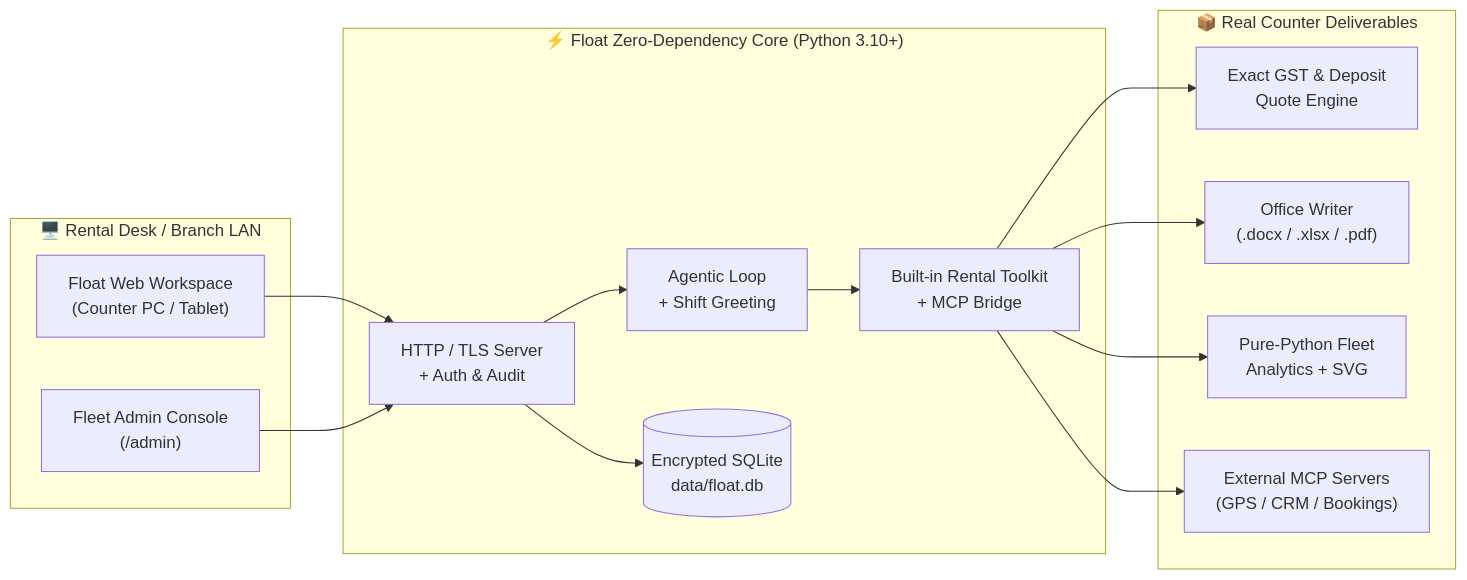
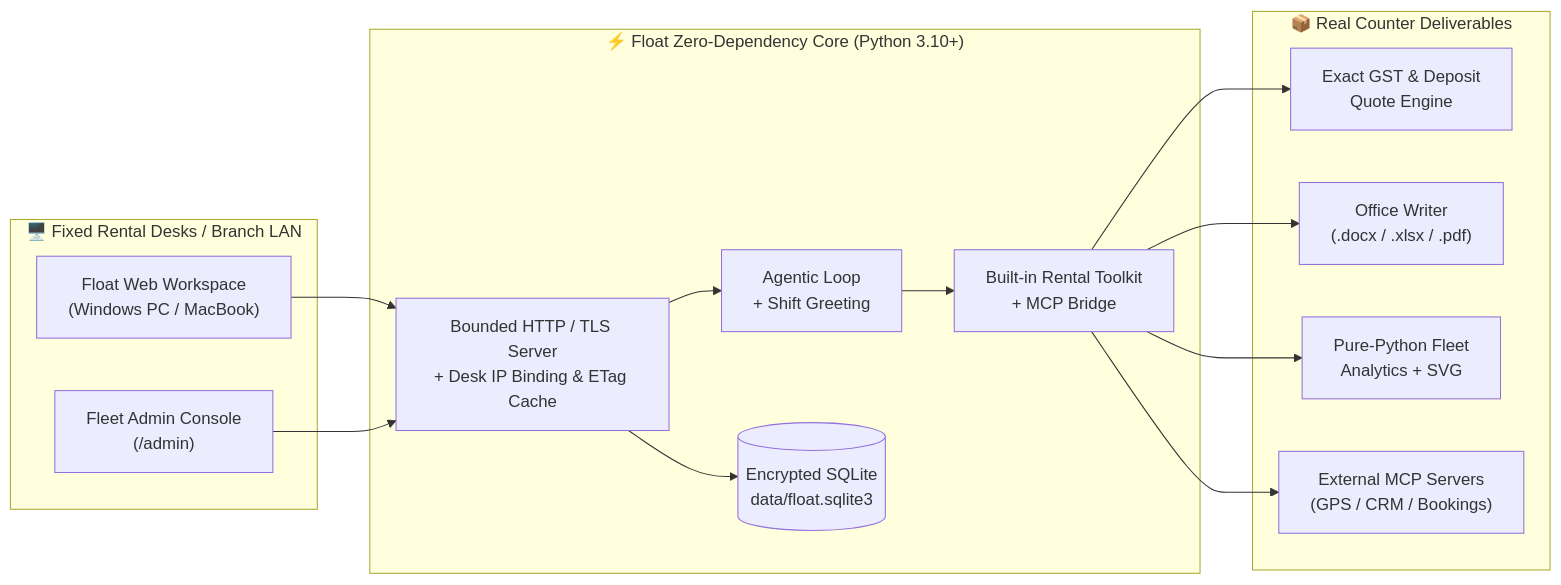
Before and after one commit to shivasharma12342012-commits/Float: the diagram in README.md, drawn with Mermaid. The commit also changed other lines of this file, not shown here.

Commit message:
docs(readme): add v1.0.3 Windows & macOS download links, Float.app guide, and fixed-desk server docs

````diff
--- a/README.md
+++ b/README.md
@@ -49,31 +108,31 @@
 ```mermaid
 flowchart LR
-    subgraph Counter["🖥️ Rental Desk / Branch LAN"]
-        UI["Float Web Workspace\n(Counter PC / Tablet)"]
+    subgraph Counter["🖥️ Fixed Rental Desks / Branch LAN"]
+        UI["Float Web Workspace\n(Windows PC / MacBook)"]
         Admin["Fleet Admin Console\n(/admin)"]
     end
 
     subgraph Core["⚡ Float Zero-Dependency Core (Python 3.10+)"]
-        Server["HTTP / TLS Server\n+ Auth & Audit"]
+        Server["Bounded HTTP / TLS Server\n+ Desk IP Binding & ETag Cache"]
         Agent["Agentic Loop\n+ Shift Greeting"]
         Tools["Built-in Rental Toolkit\n+ MCP Bridge"]
-        DB[("Encrypted SQLite\ndata/float.db")]
+        DB[("Encrypted SQLite\ndata/float.sqlite3")]
     end
 
     subgraph Outputs["📦 Real Counter Deliverables"]
         Quote["Exact GST & Deposit\nQuote Engine"]
         Docs["Office Writer\n(.docx / .xlsx / .pdf)"]
         Stats["Pure-Python Fleet\nAnalytics + SVG"]
         MCP["External MCP Servers\n(GPS / CRM / Bookings)"]
     end
 
     UI --> Server
     Admin --> Server
     Server --> Agent
     Server --> DB
     Agent --> Tools
     Tools --> Quote
     Tools --> Docs
     Tools --> Stats
     Tools --> MCP
 ```
````
